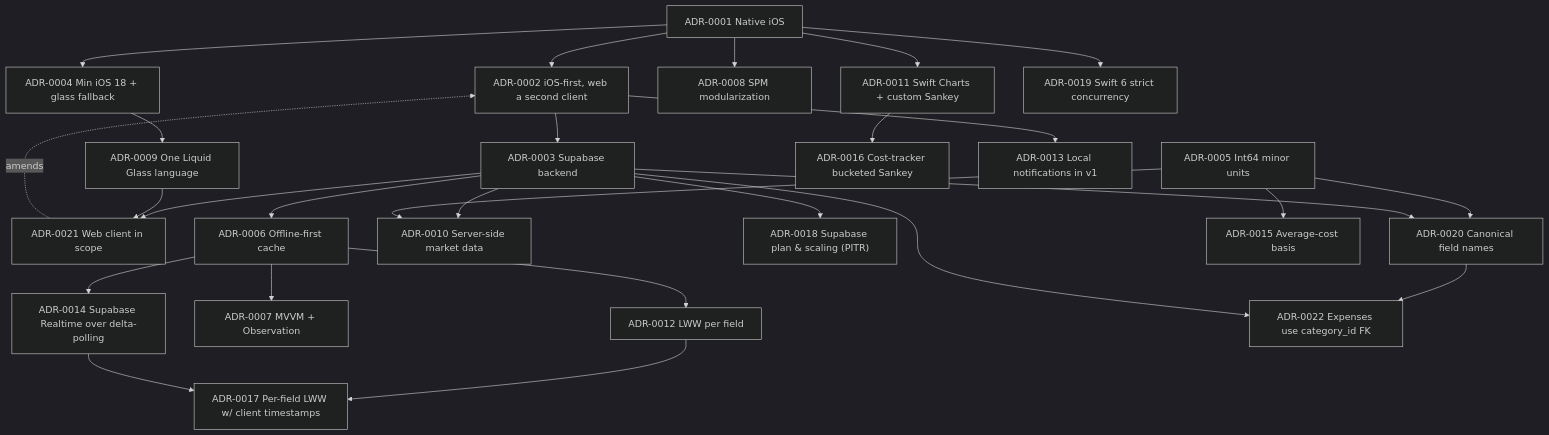
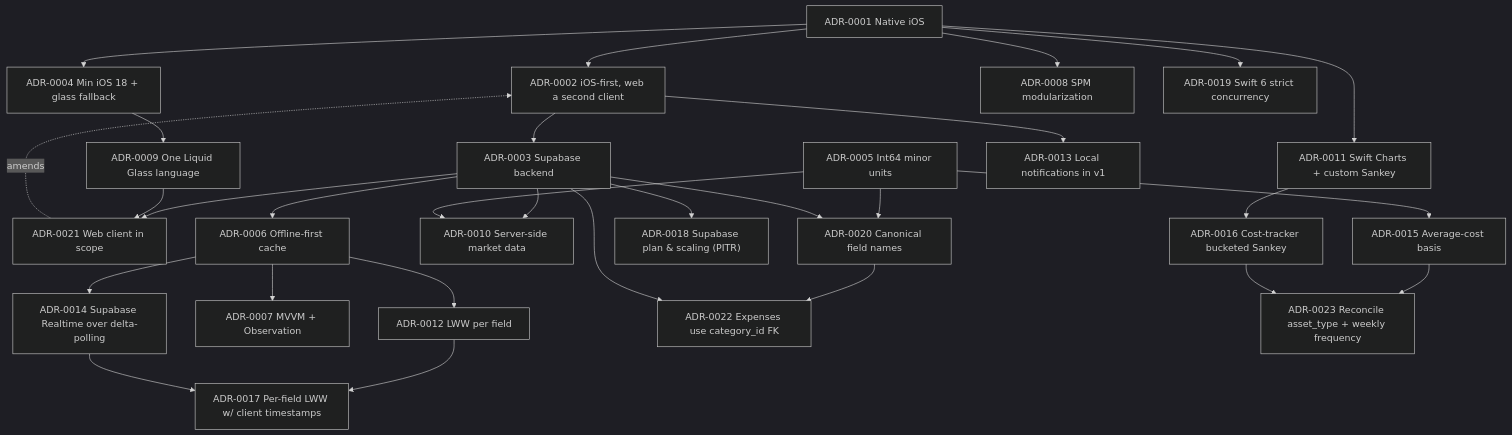
One commit to RNT56/finmate changed the diagram in docs/12-decisions-adr.md. Above: the diagram before and after it, drawn with Mermaid (dark theme). The commit also changed other lines of this file and 3 other files, not shown here.

Commit message:
docs(adr-0023): record the asset_type/weekly reconciliation; mark divergences resolved

````diff
--- a/docs/12-decisions-adr.md
+++ b/docs/12-decisions-adr.md
@@ -784,29 +816,31 @@
 ```mermaid
 flowchart TD
     A1["ADR-0001 Native iOS"] --> A2["ADR-0002 iOS-first, web a second client"]
     A2 --> A3["ADR-0003 Supabase backend"]
     A21["ADR-0021 Web client in scope"] -. amends .-> A2
     A3 --> A21
     A9 --> A21
     A1 --> A4["ADR-0004 Min iOS 18 + glass fallback"]
     A4 --> A9["ADR-0009 One Liquid Glass language"]
     A3 --> A6["ADR-0006 Offline-first cache"]
     A6 --> A12["ADR-0012 LWW per field"]
     A6 --> A7["ADR-0007 MVVM + Observation"]
     A1 --> A8["ADR-0008 SPM modularization"]
     A3 --> A10["ADR-0010 Server-side market data"]
     A5["ADR-0005 Int64 minor units"] --> A10
     A1 --> A11["ADR-0011 Swift Charts + custom Sankey"]
     A11 --> A16["ADR-0016 Cost-tracker bucketed Sankey"]
     A12 --> A17["ADR-0017 Per-field LWW w/ client timestamps"]
     A14 --> A17
     A3 --> A18["ADR-0018 Supabase plan & scaling (PITR)"]
     A1 --> A19["ADR-0019 Swift 6 strict concurrency"]
     A5 --> A20["ADR-0020 Canonical field names"]
     A3 --> A20
     A20 --> A22["ADR-0022 Expenses use category_id FK"]
     A3 --> A22
     A6 --> A14["ADR-0014 Supabase Realtime over delta-polling"]
     A2 --> A13["ADR-0013 Local notifications in v1"]
     A5 --> A15["ADR-0015 Average-cost basis"]
+    A15 --> A23["ADR-0023 Reconcile asset_type + weekly frequency"]
+    A16 --> A23
 ```
````
